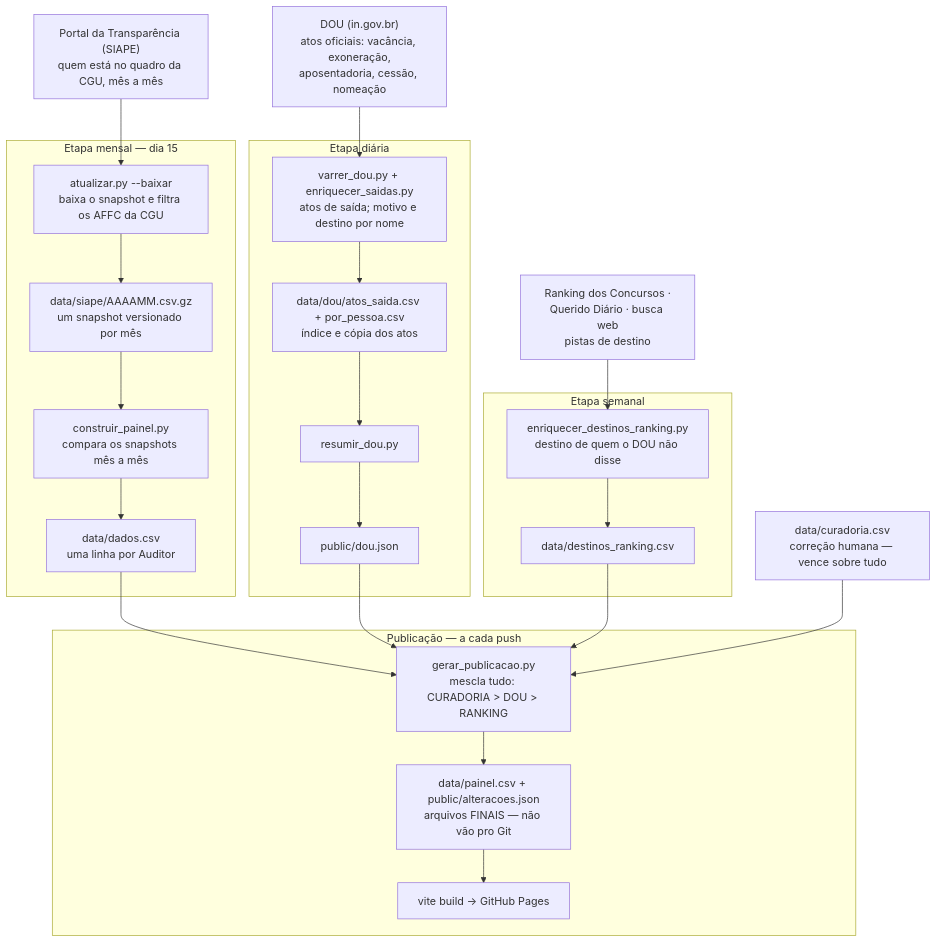
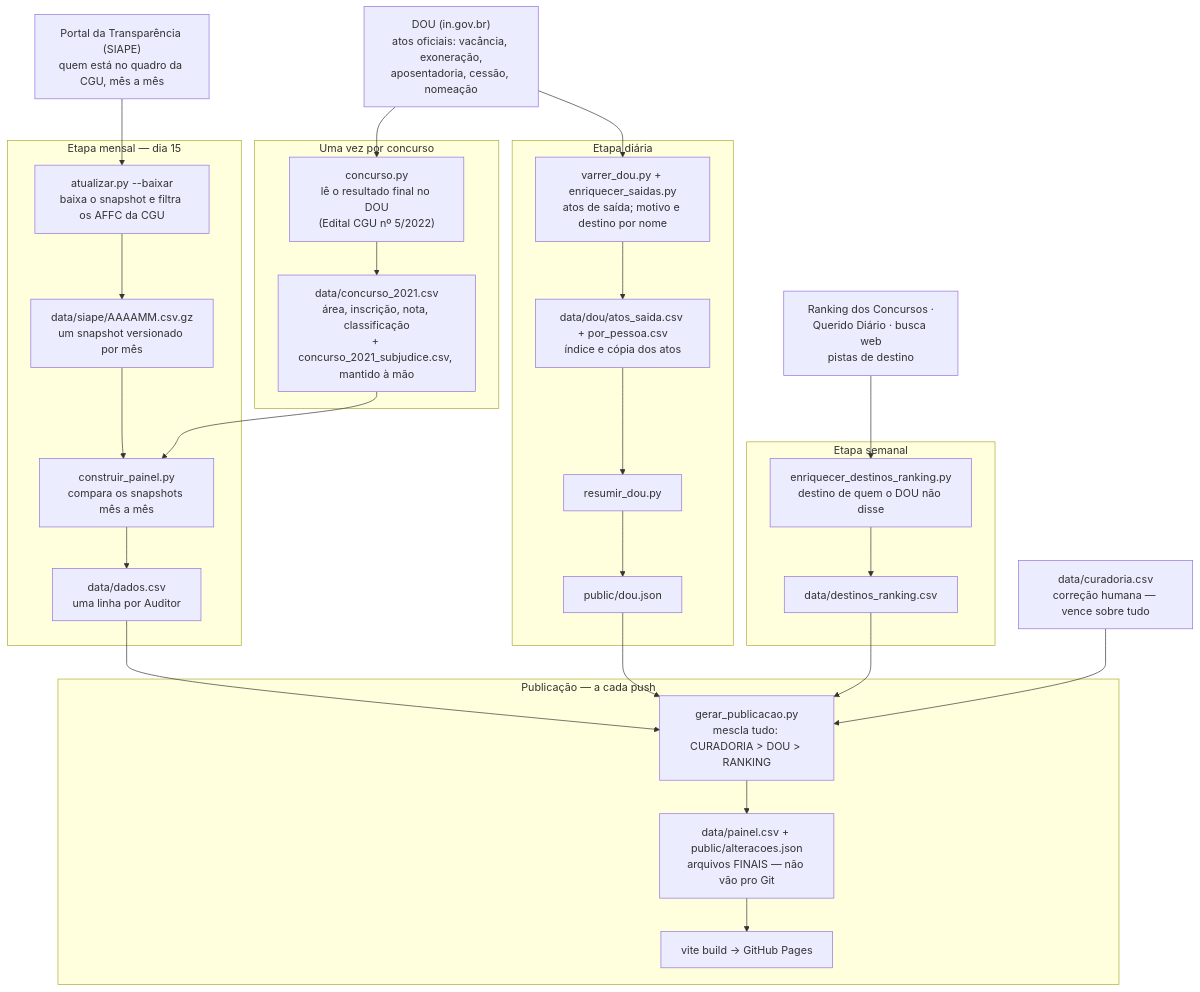
The diagram in README.md (observatoriocgu/observatoriocgu.github.io), drawn with Mermaid before and after one commit. The commit also changed other lines of this file, not shown here.

Commit message:
O concurso entra no fluxo do README: uma vez por concurso, e o subjudice é à mão

````diff
--- a/README.md
+++ b/README.md
@@ -21,44 +21,52 @@
 ```mermaid
 flowchart TD
     SIAPE["Portal da Transparência (SIAPE)<br/>quem está no quadro da CGU, mês a mês"]
     DOU["DOU (in.gov.br)<br/>atos oficiais: vacância, exoneração,<br/>aposentadoria, cessão, nomeação"]
     PISTAS["Ranking dos Concursos ·<br/>Querido Diário · busca web<br/>pistas de destino"]
     CUR["data/curadoria.csv<br/>correção humana — vence sobre tudo"]
+
+    subgraph CONCURSO["Uma vez por concurso"]
+        CONC["concurso.py<br/>lê o resultado final no DOU<br/>(Edital CGU nº 5/2022)"]
+        CCSV["data/concurso_2021.csv<br/>área, inscrição, nota, classificação<br/>+ concurso_2021_subjudice.csv, mantido à mão"]
+        CONC --> CCSV
+    end
 
     subgraph MENSAL["Etapa mensal — dia 15"]
         AT["atualizar.py --baixar<br/>baixa o snapshot e filtra os AFFC da CGU"]
         SNAP["data/siape/AAAAMM.csv.gz<br/>um snapshot versionado por mês"]
         CP["construir_painel.py<br/>compara os snapshots mês a mês"]
         DADOS["data/dados.csv<br/>uma linha por Auditor"]
         AT --> SNAP --> CP --> DADOS
     end
 
     subgraph DIARIA["Etapa diária"]
         VD["varrer_dou.py + enriquecer_saidas.py<br/>atos de saída; motivo e destino por nome"]
         IDX["data/dou/atos_saida.csv + por_pessoa.csv<br/>índice e cópia dos atos"]
         RD["resumir_dou.py"]
         DJ["public/dou.json"]
         VD --> IDX --> RD --> DJ
     end
 
     subgraph SEMANAL["Etapa semanal"]
         ER["enriquecer_destinos_ranking.py<br/>destino de quem o DOU não disse"]
         DR["data/destinos_ranking.csv"]
         ER --> DR
     end
 
     subgraph PUB["Publicação — a cada push"]
         GP["gerar_publicacao.py<br/>mescla tudo: CURADORIA &gt; DOU &gt; RANKING"]
         FIN["data/painel.csv + public/alteracoes.json<br/>arquivos FINAIS — não vão pro Git"]
         SITE["vite build → GitHub Pages"]
         GP --> FIN --> SITE
     end
 
     SIAPE --> AT
+    DOU --> CONC
+    CCSV --> CP
     DOU --> VD
     PISTAS --> ER
     DADOS --> GP
     DJ --> GP
     DR --> GP
     CUR --> GP
 ```
````
